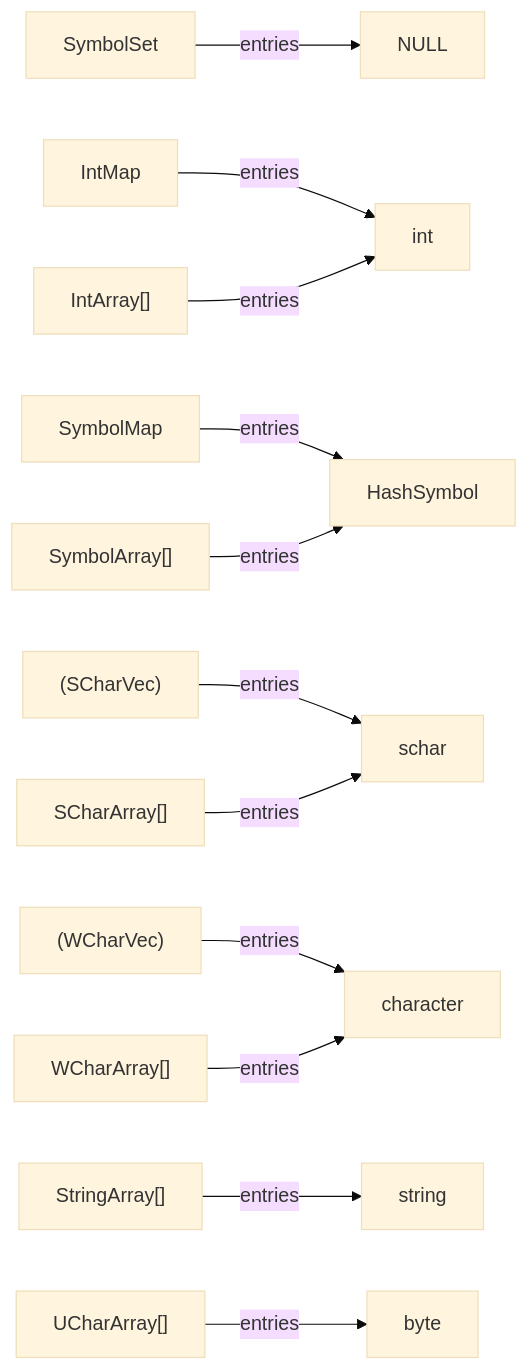
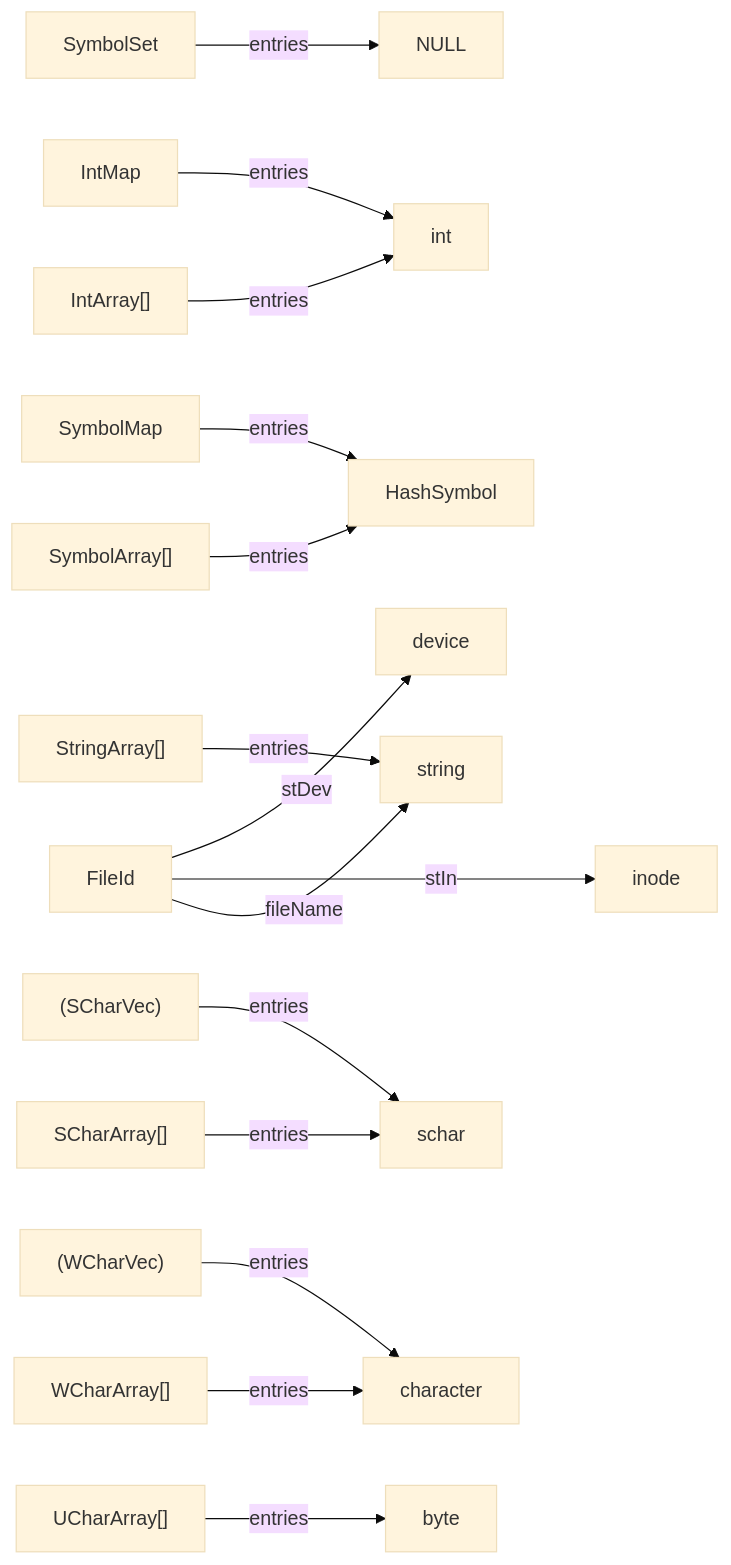
One commit to billhails/CEKF changed the diagram in docs/generated/utils.md. Above: the diagram before and after it, drawn with Mermaid (base theme). The commit also changed 13 other files, not shown here.

````diff
--- a/docs/generated/utils.md
+++ b/docs/generated/utils.md
@@ -5,14 +5,17 @@
 ```mermaid
 flowchart LR
 SymbolSet --entries--> NULL
 IntMap --entries--> int
 SymbolMap --entries--> HashSymbol
+FileId --stDev--> device
+FileId --stIno--> inode
+FileId --fileName--> string
 SCharVec["(SCharVec)"] --entries--> schar
 WCharVec["(WCharVec)"] --entries--> character
 StringArray["StringArray[]"] --entries--> string
 WCharArray["WCharArray[]"] --entries--> character
 UCharArray["UCharArray[]"] --entries--> byte
 SCharArray["SCharArray[]"] --entries--> schar
 SymbolArray["SymbolArray[]"] --entries--> HashSymbol
 IntArray["IntArray[]"] --entries--> int
 ```
````
